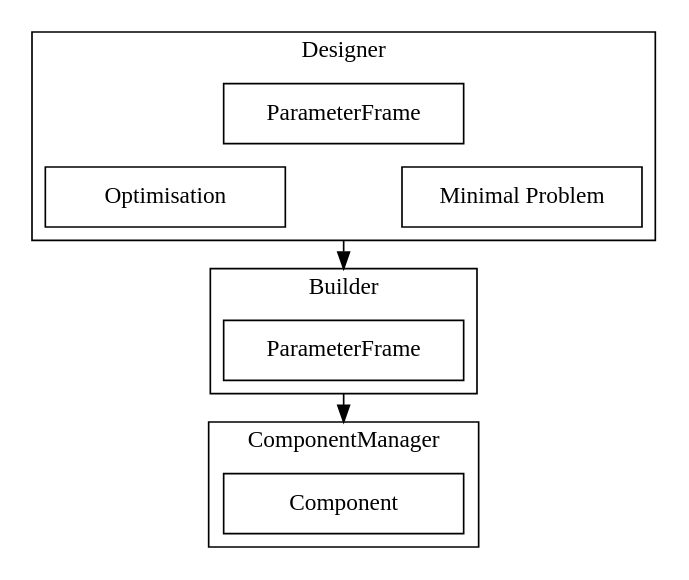
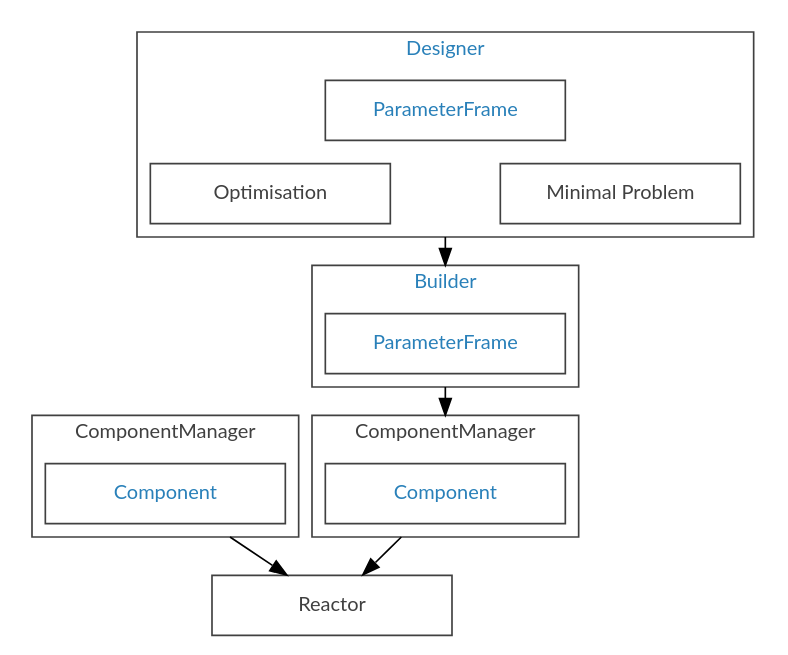
Before and after one commit to Fusion-Power-Plant-Framework/bluemira: the diagram in documentation/source/base/design_build.dot, drawn with Graphviz. The commit also changed 1 other file, not shown here.

```diff
--- a/documentation/source/base/design_build.dot
+++ b/documentation/source/base/design_build.dot
@@ -1,39 +1,89 @@
-digraph G {
+digraph {
     compound=true;
-    node [shape = box, width = 2]
-    graph [splines = false, ranksep = 0.2]
-
+    node [
+        shape = box,
+        width = 2,
+        fontname="Lato,proxima-nova,Helvetica Neue,Arial,sans-serif",
+        fontsize="12px",
+        fontcolor="#404040",
+        color="#404040"
+    ]
+    graph [
+        splines = false,
+        ranksep = 0.2,
+        fontname="Lato,proxima-nova,Helvetica Neue,Arial,sans-serif",
+        fontsize="12px",
+        fontcolor="#404040",
+        pencolor="#404040"
+    ]
 
     subgraph cluster_0 {
         label="Designer";
         tooltip="Designer";
         href="../base/design_build.html"
         target="_parent"
-        { rank=same b c ee[group=g1, style=invis, width=0.01] }
-        a[group=g1, label="ParameterFrame", tooltip="ParameterFrame", href="../base/parameter.html", target="_parent"];
+        fontcolor="#2980b9"
+        { rank=same b c ee[group=g1, style=invis, width=0.01, tooltip="Designer"] }
+        a[
+            group=g1,
+            label="ParameterFrame",
+            tooltip="ParameterFrame",
+            href="../base/parameter.html",
+            target="_parent",
+            fontcolor="#2980b9"
+        ];
         b[label="Optimisation", tooltip="Optimisation"];
         c[label="Minimal Problem", tooltip="Minimal Problem"];
 
         edge[style=invis];
         a -> {ee, b, c}
         b -> c [minlen= 3]
         ee ->c
     }
 
     subgraph cluster_1 {
         label="Builder";
         tooltip="Builder";
         href="../base/design_build.html"
         target="_parent"
-        d[group=g1, label="ParameterFrame", tooltip="ParameterFrame", href="../base/parameter.html", target="_parent"];
+        fontcolor="#2980b9"
+        d[
+            group=g1,
+            label="ParameterFrame",
+            tooltip="ParameterFrame",
+            href="../base/parameter.html",
+            target="_parent",
+            fontcolor="#2980b9"
+        ];
     }
     subgraph cluster_2 {
         label="ComponentManager";
         tooltip="ComponentManager"
-        e[label="Component", tooltip="Component", href="../base/components.html", target="_parent"]
+        e[
+            label="Component",
+            tooltip="Component",
+            href="../base/components.html",
+            target="_parent",
+            fontcolor="#2980b9"
+        ]
+
+    }
+    subgraph cluster_3 {
+        label="ComponentManager";
+        tooltip="ComponentManager"
+        f[
+            label="Component",
+            tooltip="Component",
+            href="../base/components.html",
+            target="_parent",
+            fontcolor="#2980b9"
+        ]
 
     }
     ee -> d [group=g1, ltail=cluster_0, lhead=cluster_1, minlen=2];
     d -> e [ltail=cluster_1, lhead=cluster_2, minlen=2];
+    e -> reac [ltail=cluster_2, minlen=2];
+    f -> reac [ltail=cluster_3, minlen=2];
 
+    reac[label="Reactor", tooltip="Reactor"]
 }
```
